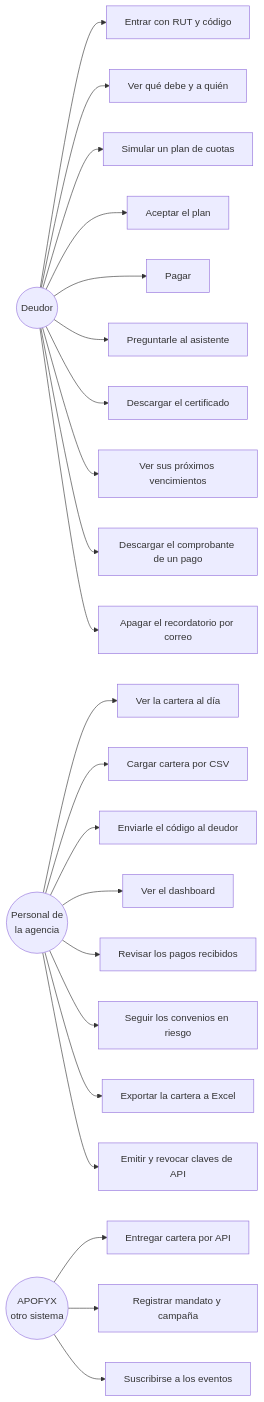
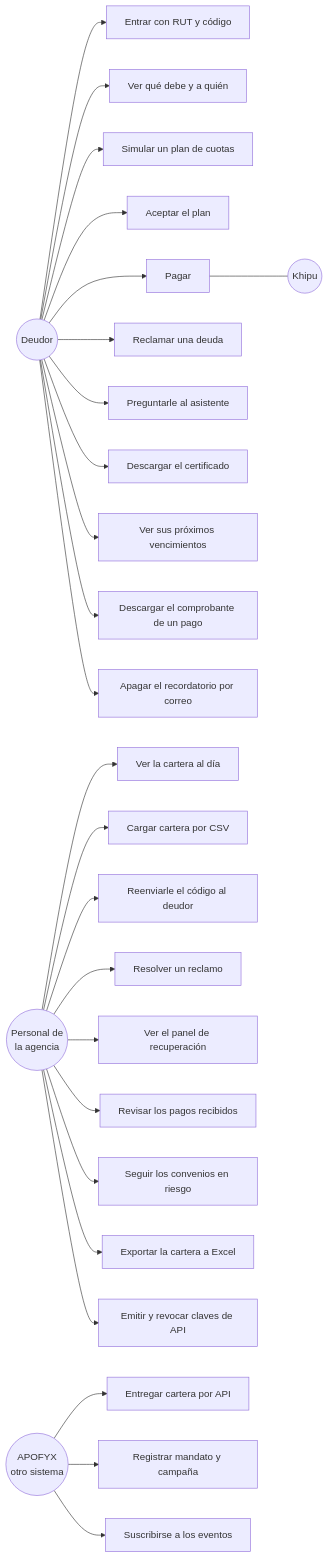
Before and after one commit to Martin6k/TB_web: the fifth of 7 diagrams in README.md, drawn with Mermaid. The commit also changed other lines of this file and 64 other files, not shown here.

````diff
--- a/README.md
+++ b/README.md
@@ -479,30 +561,34 @@
 ```mermaid
 flowchart LR
     DEU(("Deudor"))
     EMP(("Personal de<br/>la agencia"))
     SIS(("APOFYX<br/>otro sistema"))
+    KHP(("Khipu"))
 
     DEU --> U1["Entrar con RUT y código"]
     DEU --> U2["Ver qué debe y a quién"]
     DEU --> U3["Simular un plan de cuotas"]
     DEU --> U4["Aceptar el plan"]
     DEU --> U5["Pagar"]
+    DEU --> U22["Reclamar una deuda"]
     DEU --> U6["Preguntarle al asistente"]
     DEU --> U7["Descargar el certificado"]
     DEU --> U15["Ver sus próximos vencimientos"]
     DEU --> U16["Descargar el comprobante de un pago"]
     DEU --> U17["Apagar el recordatorio por correo"]
+    U5 --- KHP
 
     EMP --> U8["Ver la cartera al día"]
     EMP --> U9["Cargar cartera por CSV"]
-    EMP --> U10["Enviarle el código al deudor"]
-    EMP --> U11["Ver el dashboard"]
+    EMP --> U10["Reenviarle el código al deudor"]
+    EMP --> U23["Resolver un reclamo"]
+    EMP --> U11["Ver el panel de recuperación"]
     EMP --> U18["Revisar los pagos recibidos"]
     EMP --> U19["Seguir los convenios en riesgo"]
     EMP --> U20["Exportar la cartera a Excel"]
     EMP --> U21["Emitir y revocar claves de API"]
 
     SIS --> U12["Entregar cartera por API"]
     SIS --> U13["Registrar mandato y campaña"]
     SIS --> U14["Suscribirse a los eventos"]
 ```
````
